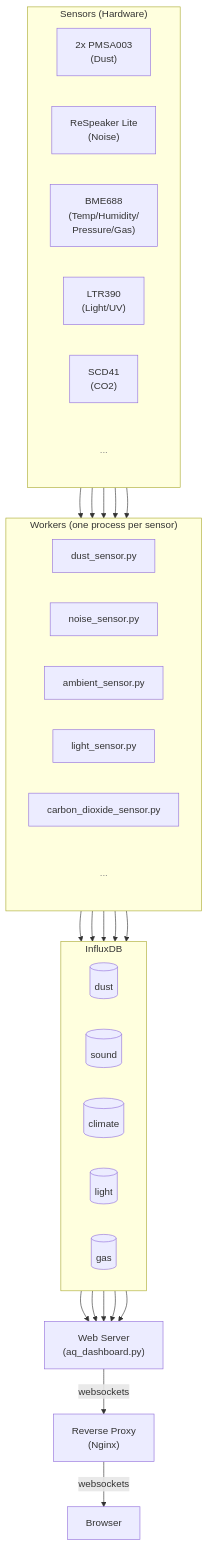
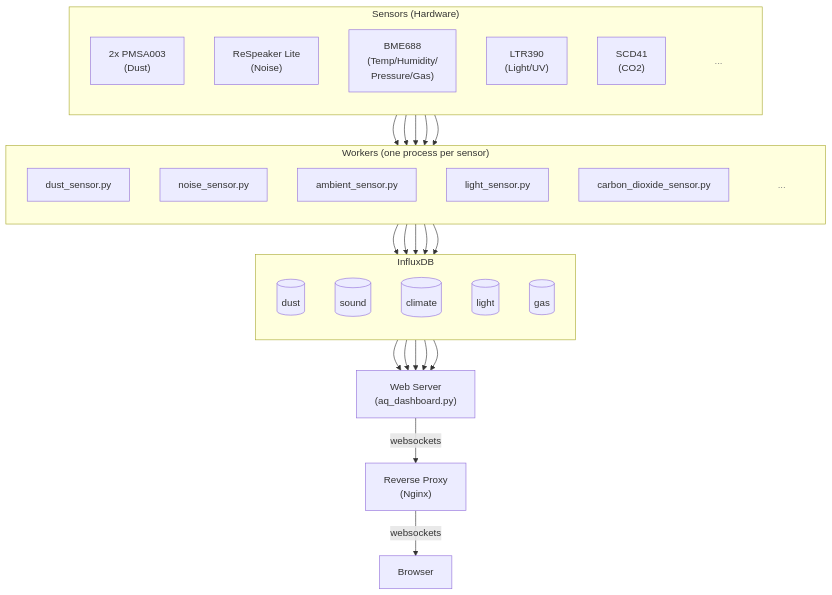
One commit to cristeab/aq_dashboard changed the diagram in README.md. Above: the diagram before and after it, drawn with Mermaid.

````diff
--- a/README.md
+++ b/README.md
@@ -10,55 +10,55 @@
 ```mermaid
 flowchart TB
     subgraph SENS["Sensors (Hardware)"]
-        direction LR
+        direction TB
         s1["2x PMSA003<br>(Dust)"]
         s2["ReSpeaker Lite<br>(Noise)"]
         s3["BME688<br>(Temp/Humidity/<br>Pressure/Gas)"]
         s4["LTR390<br>(Light/UV)"]
         s5["SCD41<br>(CO2)"]
         sdots["..."]
     end
 
     subgraph WK["Workers (one process per sensor)"]
-        direction LR
+        direction TB
         w1[dust_sensor.py]
         w2[noise_sensor.py]
         w3[ambient_sensor.py]
         w4[light_sensor.py]
         w5[carbon_dioxide_sensor.py]
         wdots["..."]
     end
 
     subgraph DB["InfluxDB"]
-      direction LR
+      direction TB
       dustdb[("dust")]
       sounddb[("sound")]
       climatedb[("climate")]
       lightdb[("light")]
       gasdb[("gas")]
     end
 
     s1 --> w1
     s2 --> w2
     s3 --> w3
     s4 --> w4
     s5 --> w5
 
     w1 --> dustdb
     w2 --> sounddb
     w3 --> climatedb
     w4 --> lightdb
     w5 --> gasdb
 
     dustdb --> ws["Web Server<br>(aq_dashboard.py)"]
     sounddb --> ws
     climatedb --> ws
     lightdb --> ws
     gasdb --> ws
 
     ws -- websockets --> rp["Reverse Proxy<br>(Nginx)"]
     rp -- websockets --> bw[Browser]
 
     style sdots fill:none,stroke:none,color:#888,font-size:16px
     style wdots fill:none,stroke:none,color:#888,font-size:16px
 ```
````
